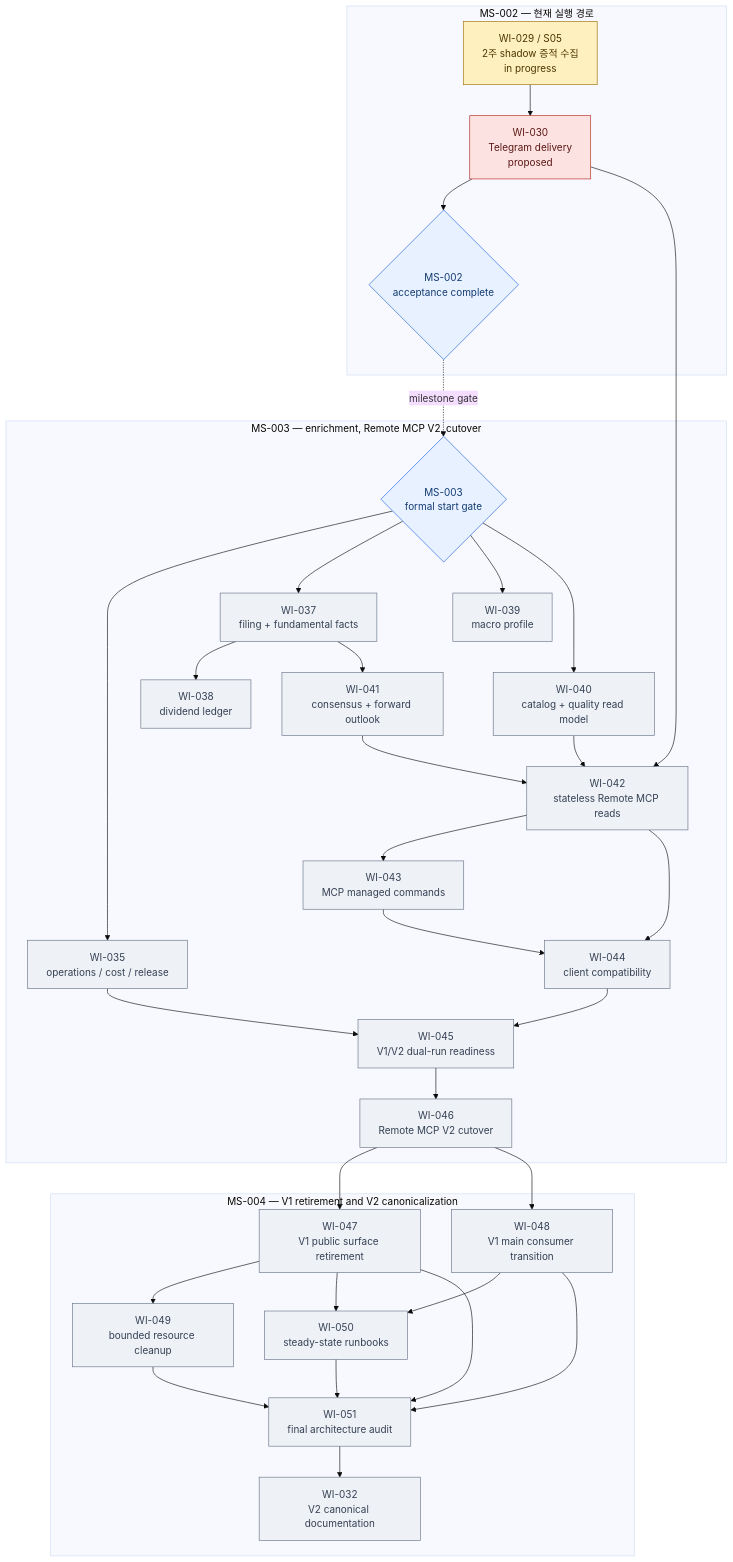
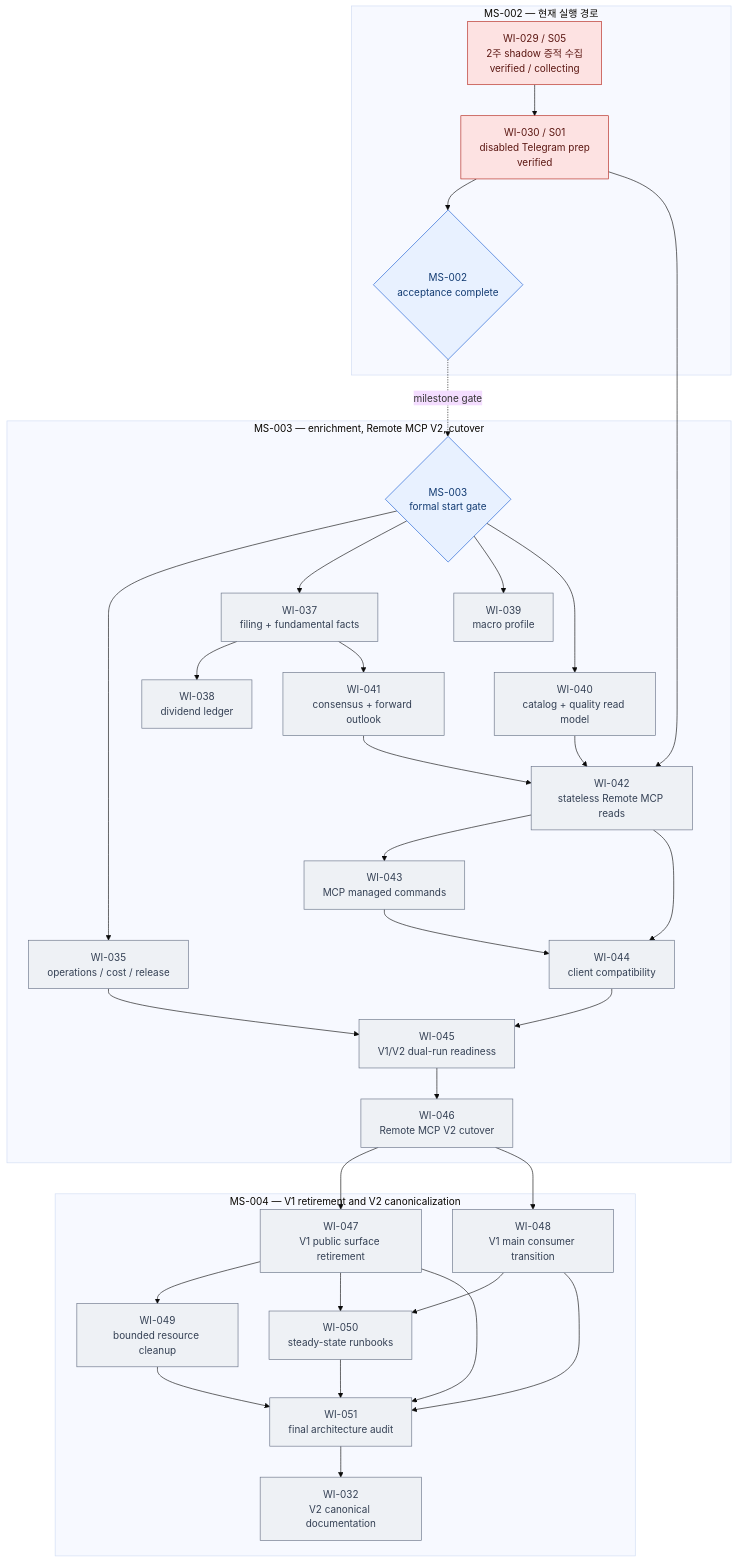
Before and after one commit to meringue5/KIS_Portfolio_MCP: the third of 3 diagrams in docs/milestones/README.md, drawn with Mermaid (base theme). The commit also changed other lines of this file and 20 other files, not shown here.

Commit message:
feat: prepare gated Telegram delivery

````diff
--- a/docs/milestones/README.md
+++ b/docs/milestones/README.md
@@ -138,70 +138,69 @@
 ```mermaid
 flowchart TB
     subgraph M2["MS-002 — 현재 실행 경로"]
-        W29["WI-029 / S05<br/>2주 shadow 증적 수집<br/>in progress"]
-        W30["WI-030<br/>Telegram delivery<br/>proposed"]
+        W29["WI-029 / S05<br/>2주 shadow 증적 수집<br/>verified / collecting"]
+        W30["WI-030 / S01<br/>disabled Telegram prep<br/>verified"]
         M2DONE{"MS-002<br/>acceptance complete"}
         W29 --> W30 --> M2DONE
     end
 
     subgraph M3["MS-003 — enrichment, Remote MCP V2, cutover"]
         M3OPEN{"MS-003<br/>formal start gate"}
         W35["WI-035<br/>operations / cost / release"]
         W37["WI-037<br/>filing + fundamental facts"]
         W38["WI-038<br/>dividend ledger"]
         W39["WI-039<br/>macro profile"]
         W40["WI-040<br/>catalog + quality read model"]
         W41["WI-041<br/>consensus + forward outlook"]
         W42["WI-042<br/>stateless Remote MCP reads"]
         W43["WI-043<br/>MCP managed commands"]
         W44["WI-044<br/>client compatibility"]
         W45["WI-045<br/>V1/V2 dual-run readiness"]
         W46["WI-046<br/>Remote MCP V2 cutover"]
 
         M3OPEN --> W35
         M3OPEN --> W37
         M3OPEN --> W39
         M3OPEN --> W40
         W37 --> W38
         W37 --> W41
         W30 --> W42
         W40 --> W42
         W41 --> W42
         W42 --> W43
         W42 --> W44
         W43 --> W44
         W35 --> W45
         W44 --> W45 --> W46
     end
 
     subgraph M4["MS-004 — V1 retirement and V2 canonicalization"]
         W47["WI-047<br/>V1 public surface retirement"]
         W48["WI-048<br/>V1 main consumer transition"]
         W49["WI-049<br/>bounded resource cleanup"]
         W50["WI-050<br/>steady-state runbooks"]
         W51["WI-051<br/>final architecture audit"]
         W32["WI-032<br/>V2 canonical documentation"]
 
         W46 --> W47
         W46 --> W48
         W47 --> W49
         W47 --> W50
         W48 --> W50
         W47 --> W51
         W48 --> W51
         W49 --> W51
         W50 --> W51
         W51 --> W32
     end
 
     M2DONE -. milestone gate .-> M3OPEN
 
     classDef active fill:#fff1bf,stroke:#9a6b00,color:#4b3500;
     classDef blocked fill:#fde2e2,stroke:#b42318,color:#5b1712;
     classDef proposed fill:#eef1f5,stroke:#667085,color:#344054;
     classDef gate fill:#e8f1ff,stroke:#175cd3,color:#123b72;
-    class W29 active;
-    class W30 blocked;
+    class W29,W30 blocked;
     class W35,W37,W38,W39,W40,W41,W42,W43,W44,W45,W46,W47,W48,W49,W50,W51,W32 proposed;
     class M2DONE,M3OPEN gate;
 ```
````
